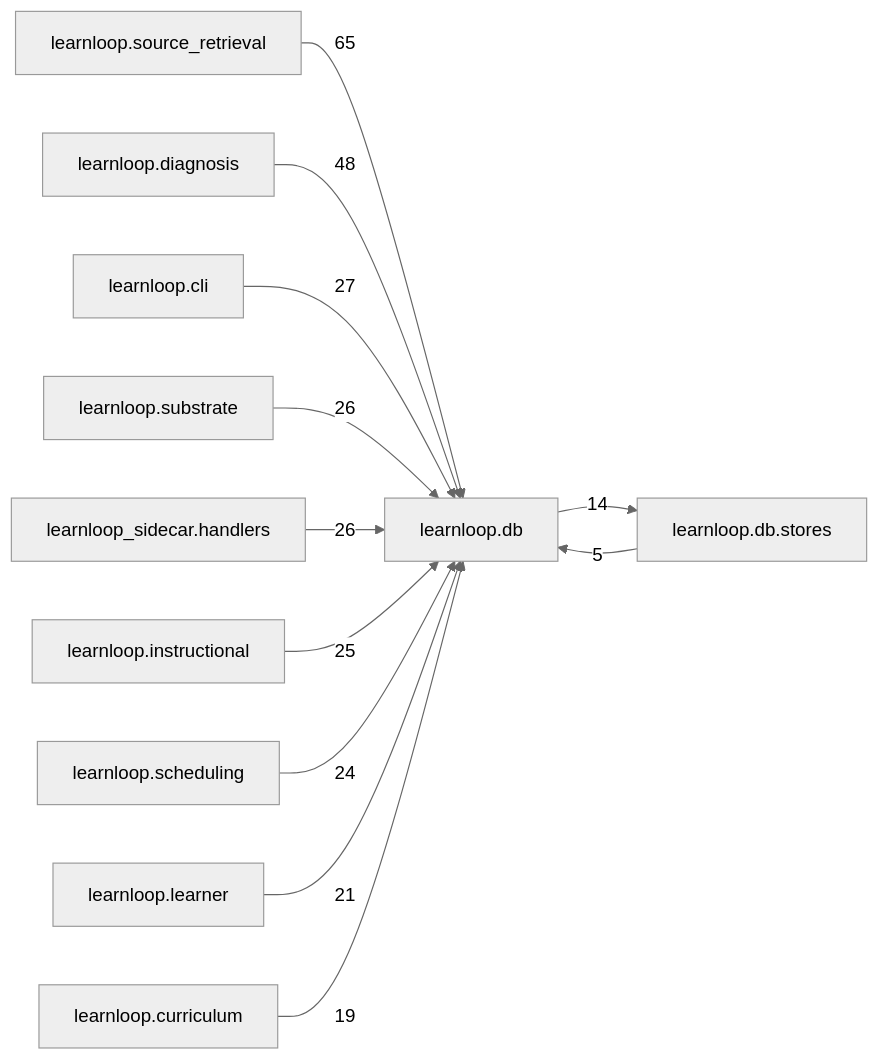
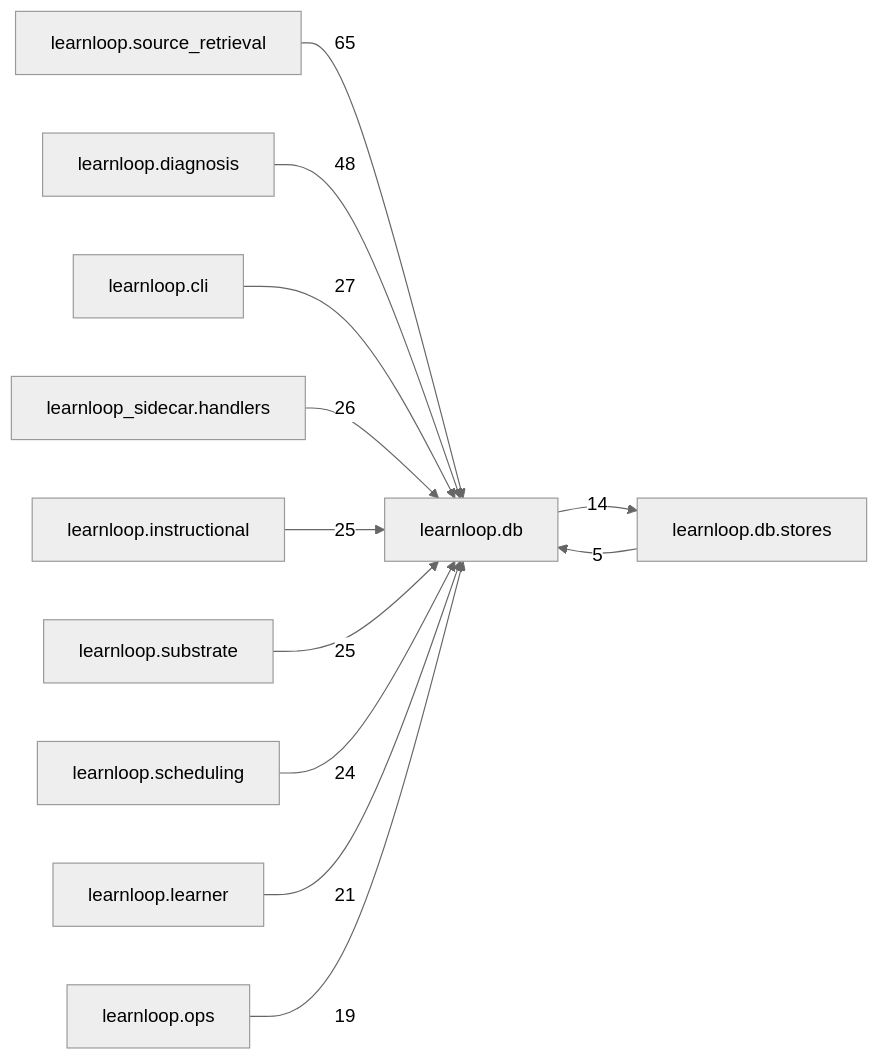
One commit to 6up-b/learnanything changed the diagram in docs/learnloop-architecture-vault/Reference/Modules/learnloop/db/_package.md. Above: the diagram before and after it, drawn with Mermaid (neutral theme). The commit also changed other lines of this file and 26 other files, not shown here.

````diff
--- a/docs/learnloop-architecture-vault/Reference/Modules/learnloop/db/_package.md
+++ b/docs/learnloop-architecture-vault/Reference/Modules/learnloop/db/_package.md
@@ -138,25 +138,25 @@
 ```mermaid
 flowchart LR
     center["learnloop.db"]
     n_learnloop_source_retrieval["learnloop.source_retrieval"]
     n_learnloop_diagnosis["learnloop.diagnosis"]
     n_learnloop_cli["learnloop.cli"]
-    n_learnloop_substrate["learnloop.substrate"]
     n_learnloop_sidecar_handlers["learnloop_sidecar.handlers"]
     n_learnloop_instructional["learnloop.instructional"]
+    n_learnloop_substrate["learnloop.substrate"]
     n_learnloop_scheduling["learnloop.scheduling"]
     n_learnloop_learner["learnloop.learner"]
-    n_learnloop_curriculum["learnloop.curriculum"]
     n_learnloop_db_stores["learnloop.db.stores"]
+    n_learnloop_ops["learnloop.ops"]
     n_learnloop_source_retrieval -->|65| center
     n_learnloop_diagnosis -->|48| center
     n_learnloop_cli -->|27| center
-    n_learnloop_substrate -->|26| center
     n_learnloop_sidecar_handlers -->|26| center
     n_learnloop_instructional -->|25| center
+    n_learnloop_substrate -->|25| center
     n_learnloop_scheduling -->|24| center
     n_learnloop_learner -->|21| center
-    n_learnloop_curriculum -->|19| center
     n_learnloop_db_stores -->|5| center
     center -->|14| n_learnloop_db_stores
+    n_learnloop_ops -->|19| center
 ```
````
